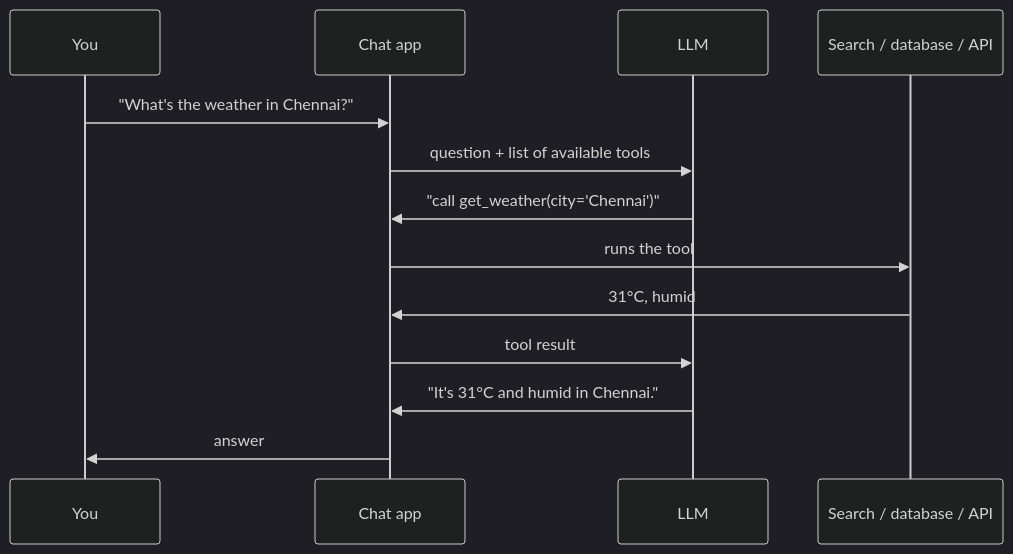
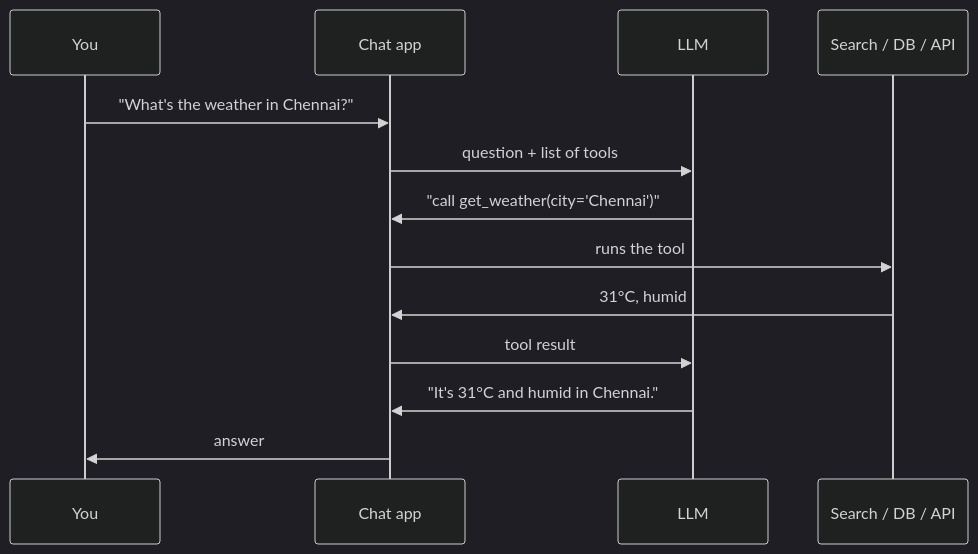
Before and after one commit to sathsure/Tech-Mastery-Hub: the third of 3 diagrams in interview/under-the-hood/14-How-AI-Chatbots-Work.md, drawn with Mermaid (dark theme). The commit also changed other lines of this file and 69 other files, not shown here.

````diff
--- a/interview/under-the-hood/14-How-AI-Chatbots-Work.md
+++ b/interview/under-the-hood/14-How-AI-Chatbots-Work.md
@@ -100,15 +149,15 @@
 ```mermaid
 sequenceDiagram
   participant U as You
   participant A as Chat app
   participant M as LLM
-  participant T as Search / database / API
+  participant T as Search / DB / API
   U->>A: "What's the weather in Chennai?"
-  A->>M: question + list of available tools
+  A->>M: question + list of tools
   M->>A: "call get_weather(city='Chennai')"
   A->>T: runs the tool
   T->>A: 31°C, humid
   A->>M: tool result
   M->>A: "It's 31°C and humid in Chennai."
   A->>U: answer
 ```
````
